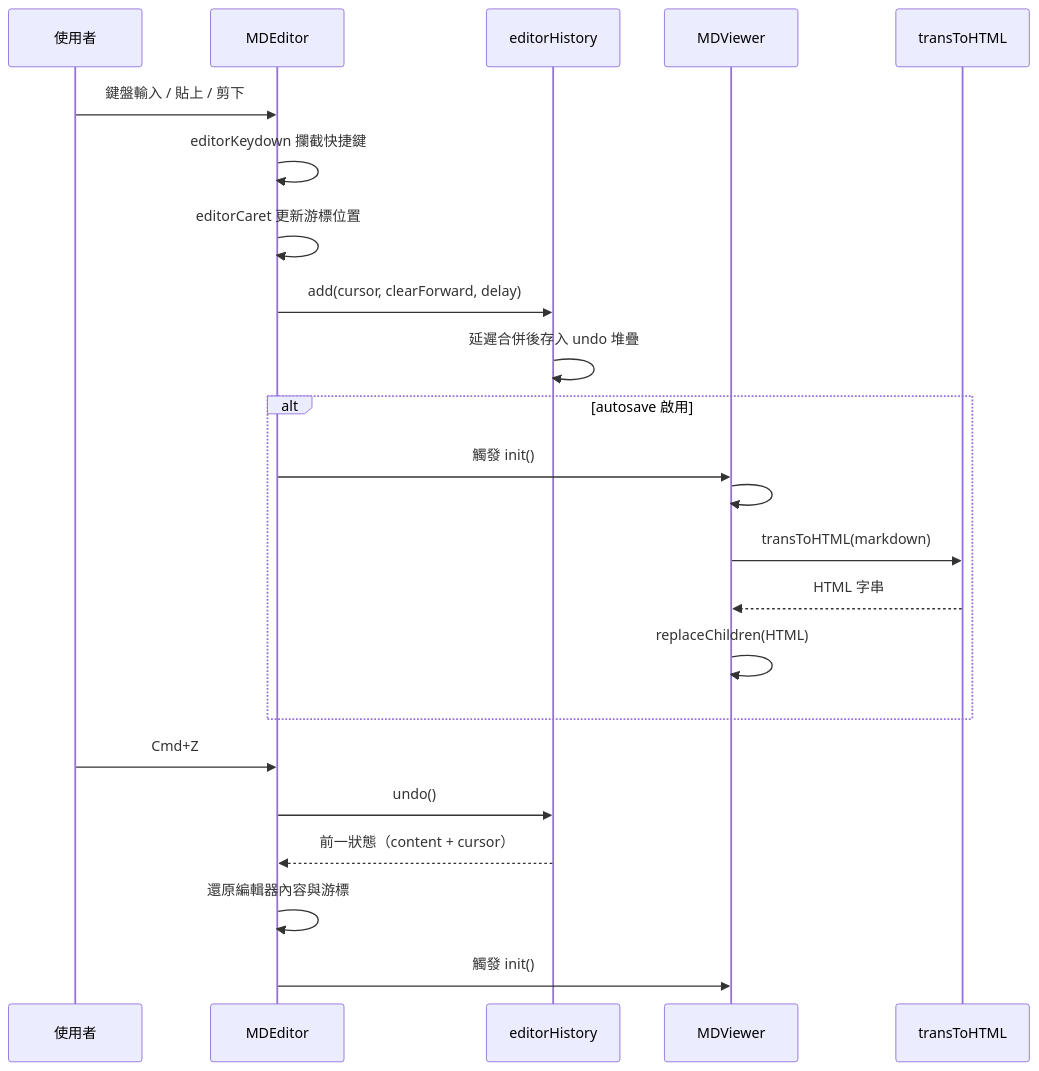
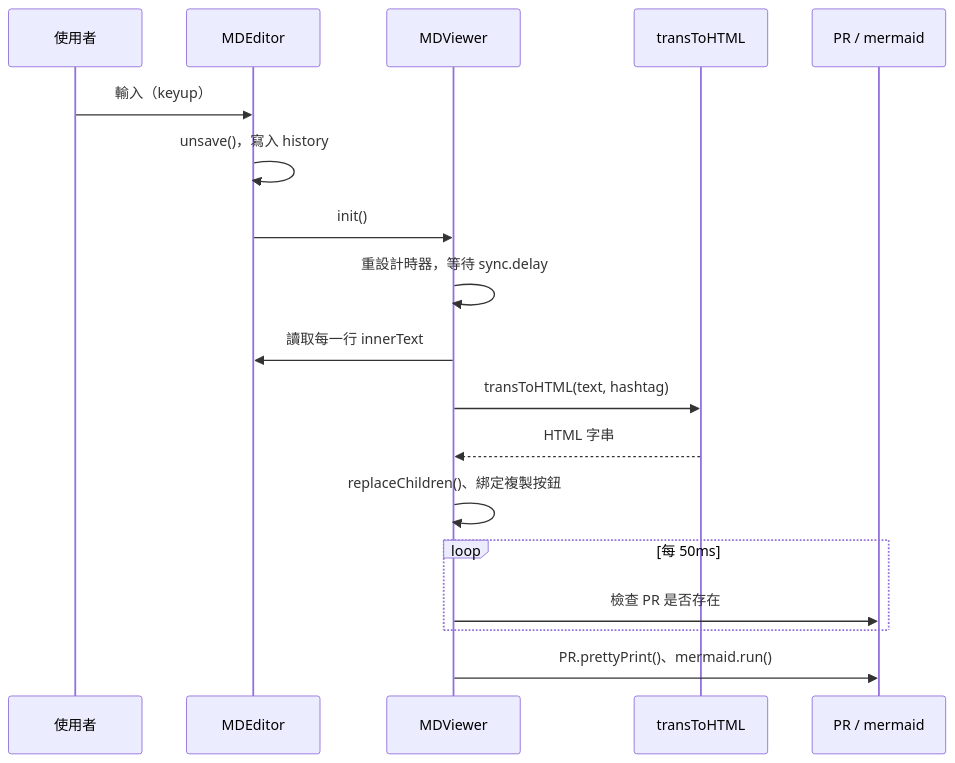
The sixth of 7 diagrams in doc/architecture.zh.md (pardnchiu/NanoMD), drawn with Mermaid before and after one commit. The commit also changed other lines of this file and 8 other files, not shown here.

````diff
--- a/doc/architecture.zh.md
+++ b/doc/architecture.zh.md
@@ -129,28 +115,20 @@
 ```mermaid
 sequenceDiagram
     participant U as 使用者
     participant E as MDEditor
-    participant H as editorHistory
     participant V as MDViewer
     participant T as transToHTML
-
-    U->>E: 鍵盤輸入 / 貼上 / 剪下
-    E->>E: editorKeydown 攔截快捷鍵
-    E->>E: editorCaret 更新游標位置
-    E->>H: add(cursor, clearForward, delay)
-    H->>H: 延遲合併後存入 undo 堆疊
-
-    alt autosave 啟用
-        E->>V: 觸發 init()
-        V->>V: #get_text() 取得編輯器文字
-        V->>T: transToHTML(markdown)
-        T-->>V: HTML 字串
-        V->>V: replaceChildren(HTML)
+    participant R as PR / mermaid
+    U->>E: 輸入（keyup）
+    E->>E: unsave()，寫入 history
+    E->>V: init()
+    V->>V: 重設計時器，等待 sync.delay
+    V->>E: 讀取每一行 innerText
+    V->>T: transToHTML(text, hashtag)
+    T-->>V: HTML 字串
+    V->>V: replaceChildren()、綁定複製按鈕
+    loop 每 50ms
+        V->>R: 檢查 PR 是否存在
     end
-
-    U->>E: Cmd+Z
-    E->>H: undo()
-    H-->>E: 前一狀態（content + cursor）
-    E->>E: 還原編輯器內容與游標
-    E->>V: 觸發 init()
+    V->>R: PR.prettyPrint()、mermaid.run()
 ```
````
